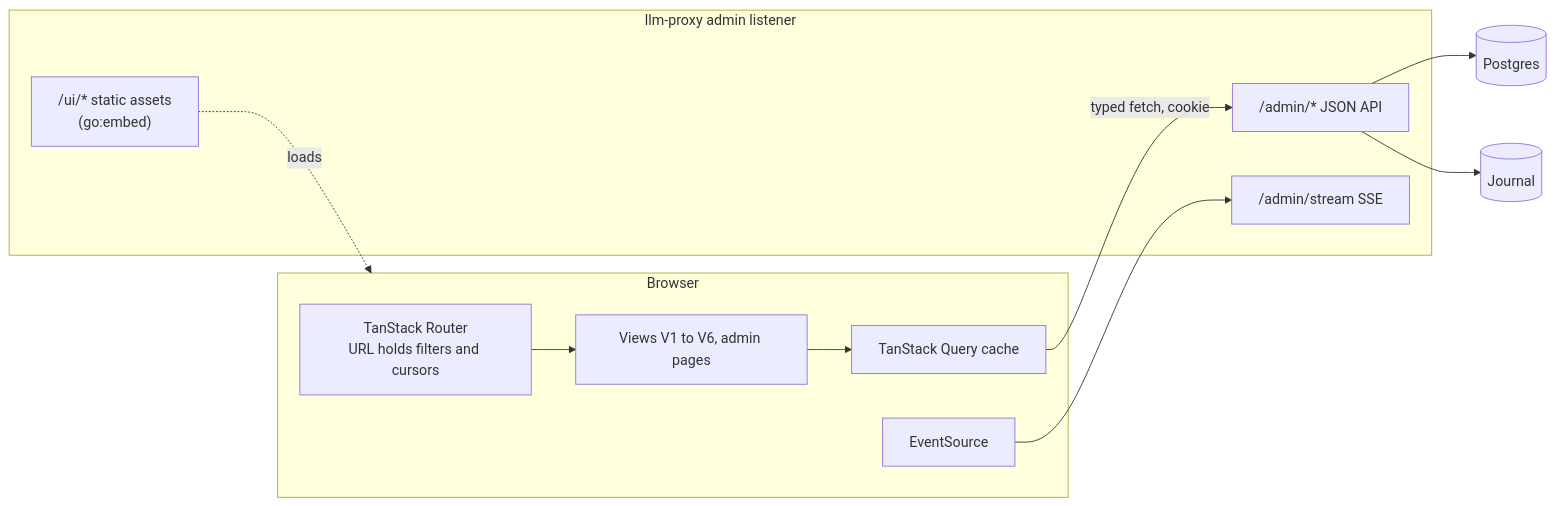
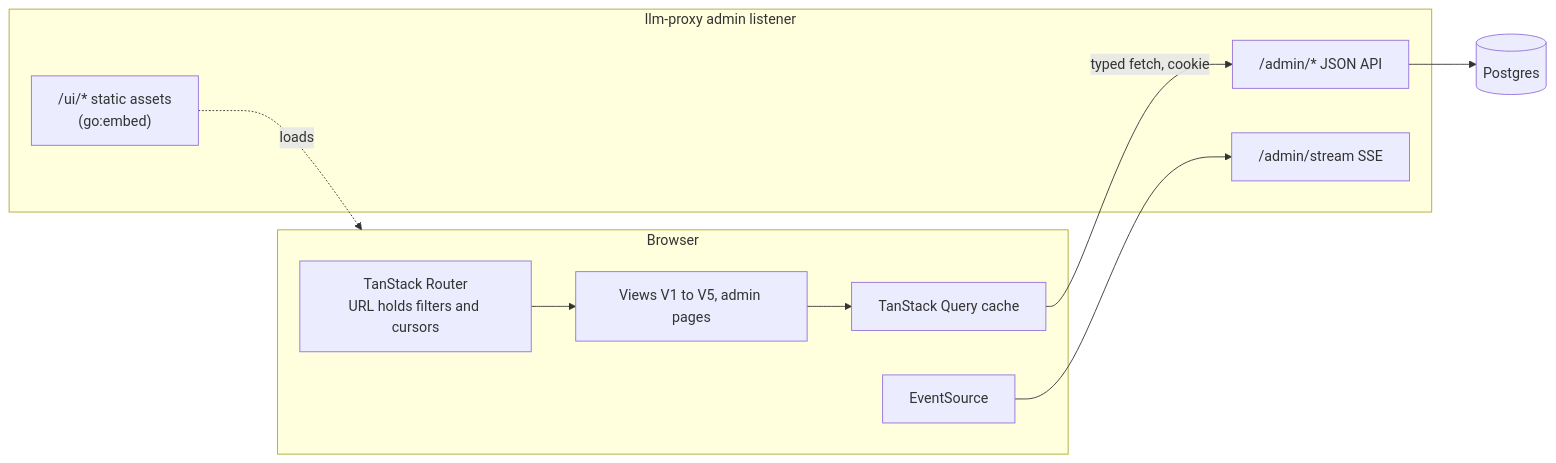
One commit to mtanzi/llm-proxy changed the diagram in docs/architecture/frontend.md. Above: the diagram before and after it, drawn with Mermaid. The commit also changed other lines of this file and 5 other files, not shown here.

````diff
--- a/docs/architecture/frontend.md
+++ b/docs/architecture/frontend.md
@@ -13,24 +13,22 @@
 ```mermaid
 flowchart LR
     subgraph browser[Browser]
         router[TanStack Router<br/>URL holds filters and cursors]
         qc[TanStack Query cache]
-        views[Views V1 to V6, admin pages]
+        views[Views V1 to V5, admin pages]
         es[EventSource]
     end
     subgraph go[llm-proxy admin listener]
         spa["/ui/* static assets<br/>(go:embed)"]
         api["/admin/* JSON API"]
         stream["/admin/stream SSE"]
     end
     pg[(Postgres)]
-    jv[(Journal)]
 
     router --> views
     views --> qc
     qc -->|typed fetch, cookie| api
     es --> stream
     spa -.loads.-> browser
     api --> pg
-    api --> jv
 ```
````
